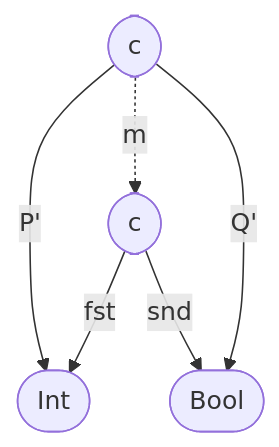
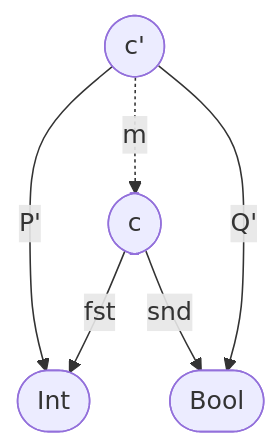
The fourth of 5 diagrams in README.md (alexisbcc/category-theory), drawn with Mermaid before and after one commit. The commit also changed other lines of this file, not shown here.

````diff
--- a/README.md
+++ b/README.md
@@ -178,12 +178,12 @@
 ```mermaid
 ---
 config:
   theme: Products
 ---
 flowchart TD
-    CP(["c"]) -- P' --> A(["Int"])
+    CP(["c'"]) -- P' --> A(["Int"])
     C(["c"]) -- snd --> B(["Bool"])
     CP -- Q' --> B
     C -- fst --> A
     CP -. m .-> C
 ```
````
